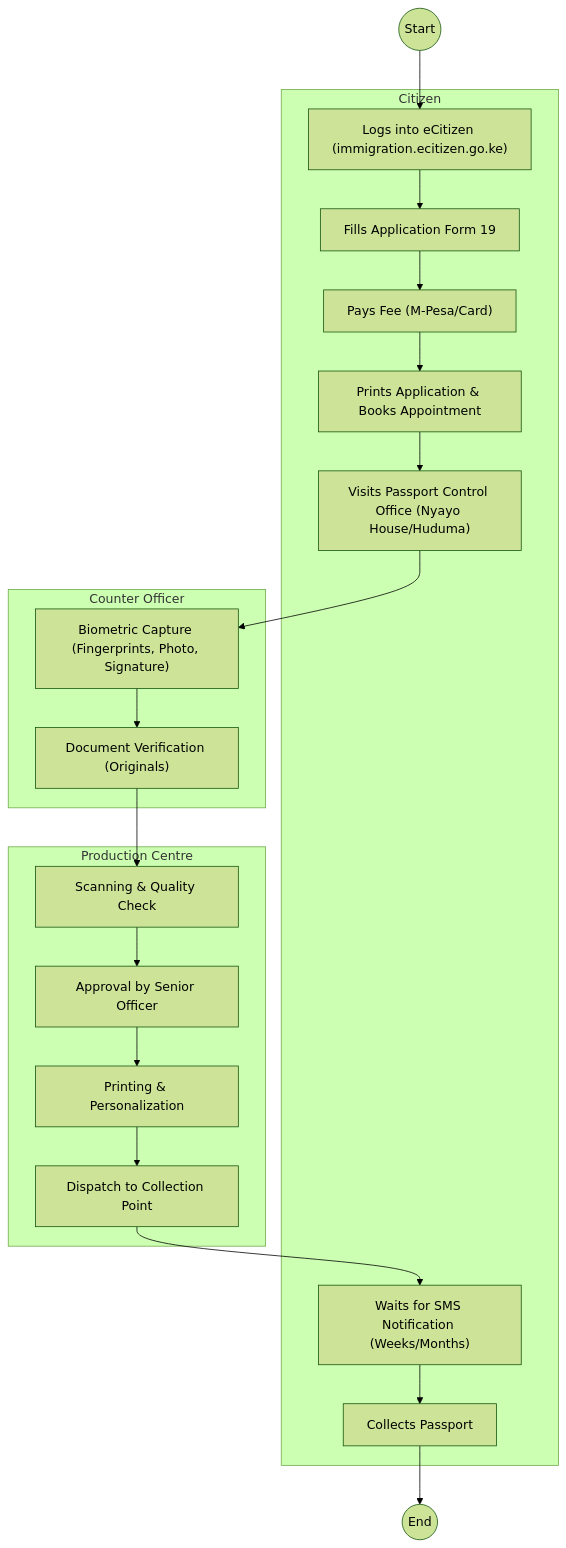
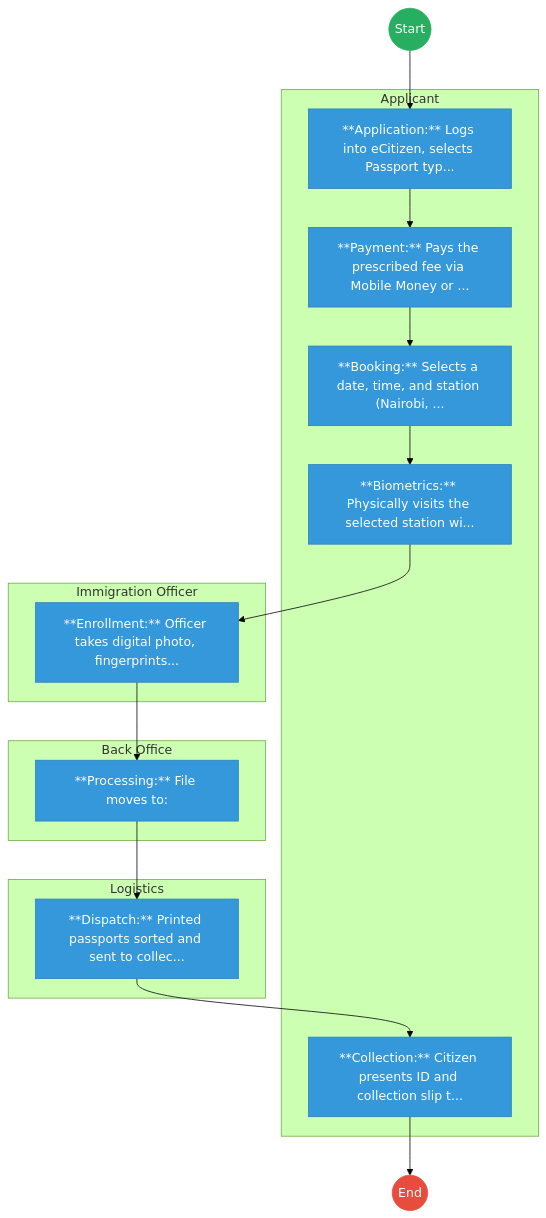
One commit to BITZ-IT-Consulting-LTD/ictapoc changed the first of 2 diagrams in mdas/docs_final/STATE_DEPARTMENT_FOR_IMMIGRATION_AND_CITIZEN_SERVICES___Passport_Application.md. Above: the diagram before and after it, drawn with Mermaid (forest theme). The commit also changed other lines of this file and 461 other files, not shown here.

````diff
--- a/mdas/docs_final/STATE_DEPARTMENT_FOR_IMMIGRATION_AND_CITIZEN_SERVICES___Passport_Application.md
+++ b/mdas/docs_final/STATE_DEPARTMENT_FOR_IMMIGRATION_AND_CITIZEN_SERVICES___Passport_Application.md
@@ -20,37 +20,41 @@
 ```mermaid
 graph TD
     Start((Start)) --> S1
-    subgraph Applicant [Citizen]
-        S1["Logs into eCitizen (immigration.ecitizen.go.ke)"]
-        S2["Fills Application Form 19"]
-        S3["Pays Fee (M-Pesa/Card)"]
-        S4["Prints Application & Books Appointment"]
-        S5["Visits Passport Control Office (Nyayo House/Huduma)"]
-        S8["Waits for SMS Notification (Weeks/Months)"]
-        S9["Collects Passport"]
+
+    subgraph Applicant [Applicant]
+        S1["**Application:** Logs into eCitizen, selects Passport typ..."]
+        S2["**Payment:** Pays the prescribed fee via Mobile Money or ..."]
+        S3["**Booking:** Selects a date, time, and station (Nairobi, ..."]
+        S4["**Biometrics:** Physically visits the selected station wi..."]
+        S8["**Collection:** Citizen presents ID and collection slip t..."]
     end
-    subgraph ImmigrationOfficer [Counter Officer]
-        S6["Biometric Capture (Fingerprints, Photo, Signature)"]
-        S7["Document Verification (Originals)"]
+
+    subgraph Immigration_Officer [Immigration Officer]
+        S5["**Enrollment:** Officer takes digital photo, fingerprints..."]
     end
-    subgraph BackOffice [Production Centre]
-        S7a["Scanning & Quality Check"]
-        S7b["Approval by Senior Officer"]
-        S7c["Printing & Personalization"]
-        S7d["Dispatch to Collection Point"]
+
+    subgraph Back_Office [Back Office]
+        S6["**Processing:** File moves to:"]
     end
-    
+
+    subgraph Logistics [Logistics]
+        S7["**Dispatch:** Printed passports sorted and sent to collec..."]
+    end
     S1 --> S2
     S2 --> S3
     S3 --> S4
     S4 --> S5
     S5 --> S6
     S6 --> S7
-    S7 --> S7a
-    S7a --> S7b
-    S7b --> S7c
-    S7c --> S7d
-    S7d --> S8
-    S8 --> S9
-    S9 --> End((End))
+    S7 --> S8
+    S8 --> End((End))
+
+    classDef start fill:#27ae60,stroke:#27ae60,color:#fff;
+    classDef endNode fill:#e74c3c,stroke:#e74c3c,color:#fff;
+    classDef userTask fill:#3498db,stroke:#2980b9,color:#fff;
+    classDef serviceTask fill:#9b59b6,stroke:#8e44ad,color:#fff;
+
+    class Start start;
+    class End endNode;
+    class S1,S2,S3,S4,S5,S6,S7,S8 userTask;
 ```
````
